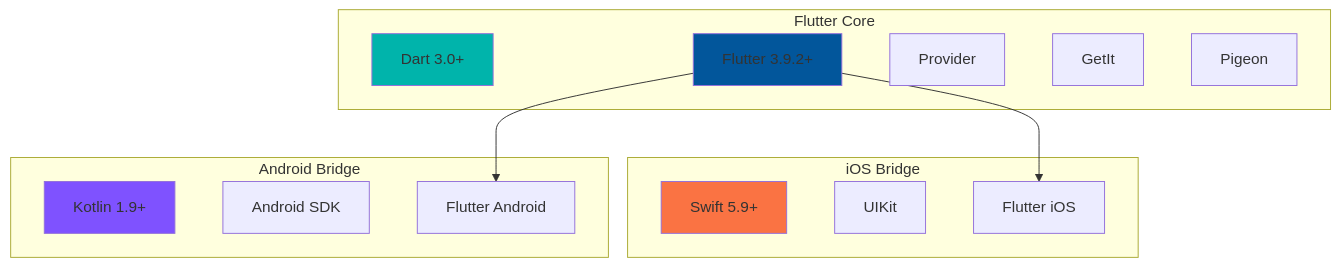
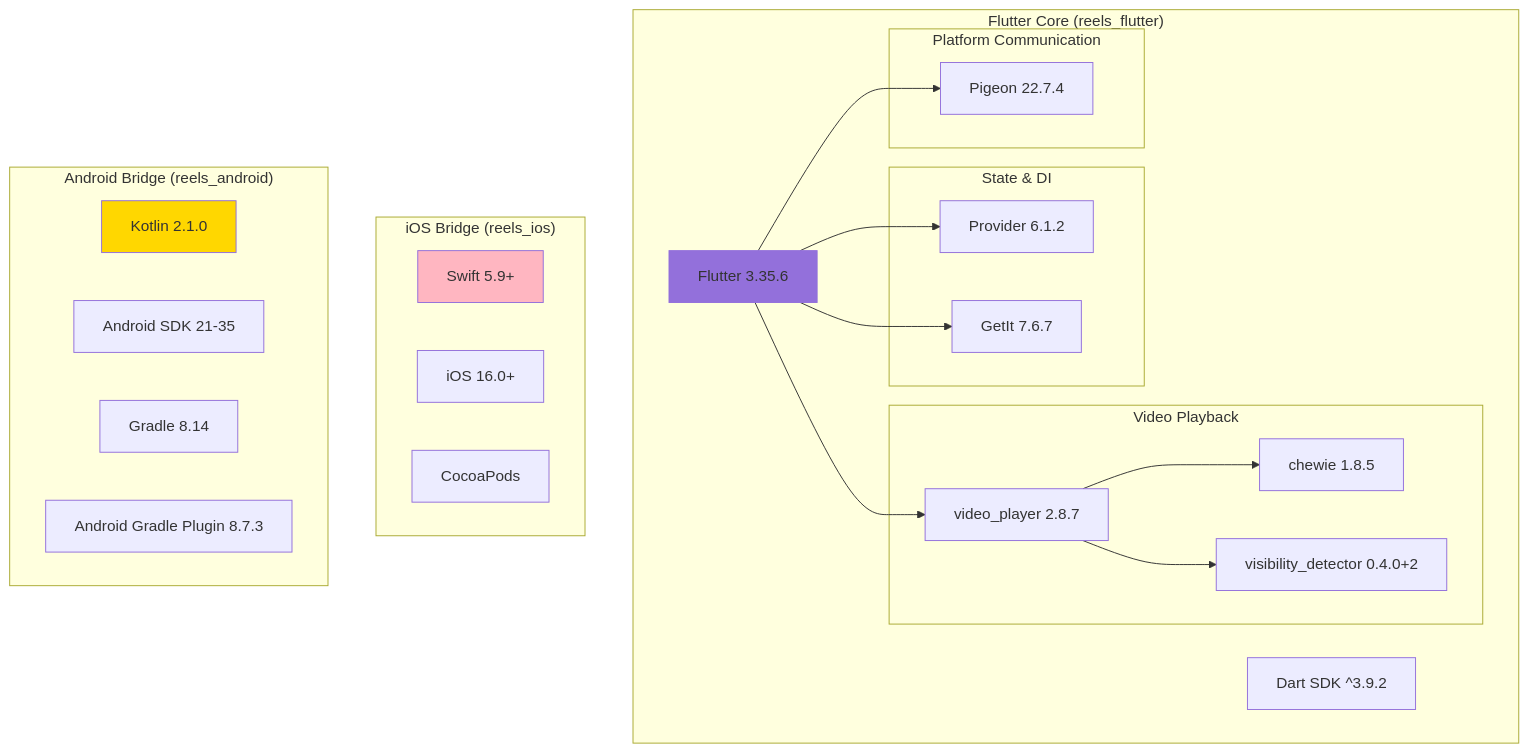
Before and after one commit to ahmed-eishon/Reels-SDK: the first of 9 diagrams in docs/01-Overview/02-Technology-Stack.md, drawn with Mermaid. The commit also changed other lines of this file and 45 other files, not shown here.

````diff
--- a/docs/01-Overview/02-Technology-Stack.md
+++ b/docs/01-Overview/02-Technology-Stack.md
@@ -14,30 +7,47 @@
 ```mermaid
 graph TB
-    subgraph "Flutter Core"
-        DART[Dart 3.0+]
-        FLUTTER[Flutter 3.9.2+]
-        PROVIDER[Provider]
-        GETIT[GetIt]
-        PIGEON[Pigeon]
+    subgraph "Flutter Core (reels_flutter)"
+        DART[Dart SDK ^3.9.2]
+        FLUTTER[Flutter 3.35.6]
+
+        subgraph "State & DI"
+            PROVIDER[Provider 6.1.2]
+            GETIT[GetIt 7.6.7]
+        end
+
+        subgraph "Video Playback"
+            VIDEO_PLAYER[video_player 2.8.7]
+            CHEWIE[chewie 1.8.5]
+            VISIBILITY[visibility_detector 0.4.0+2]
+        end
+
+        subgraph "Platform Communication"
+            PIGEON[Pigeon 22.7.4]
+        end
     end
 
-    subgraph "iOS Bridge"
+    subgraph "iOS Bridge (reels_ios)"
         SWIFT[Swift 5.9+]
-        UIKIT[UIKit]
-        FLUTTER_IOS[Flutter iOS]
+        IOS_SDK[iOS 16.0+]
+        COCOAPODS[CocoaPods]
     end
 
-    subgraph "Android Bridge"
-        KOTLIN[Kotlin 1.9+]
-        ANDROID_SDK[Android SDK]
-        FLUTTER_ANDROID[Flutter Android]
+    subgraph "Android Bridge (reels_android)"
+        KOTLIN[Kotlin 2.1.0]
+        ANDROID_SDK[Android SDK 21-35]
+        GRADLE[Gradle 8.14]
+        AGP[Android Gradle Plugin 8.7.3]
     end
 
-    FLUTTER --> FLUTTER_IOS
-    FLUTTER --> FLUTTER_ANDROID
+    FLUTTER --> PROVIDER
+    FLUTTER --> GETIT
+    FLUTTER --> VIDEO_PLAYER
+    FLUTTER --> PIGEON
 
-    style DART fill:#00B4AB
-    style FLUTTER fill:#02569B
-    style SWIFT fill:#FA7343
-    style KOTLIN fill:#7F52FF
+    VIDEO_PLAYER --> CHEWIE
+    VIDEO_PLAYER --> VISIBILITY
+
+    style FLUTTER fill:#9370DB
+    style SWIFT fill:#FFB6C1
+    style KOTLIN fill:#FFD700
 ```
````
